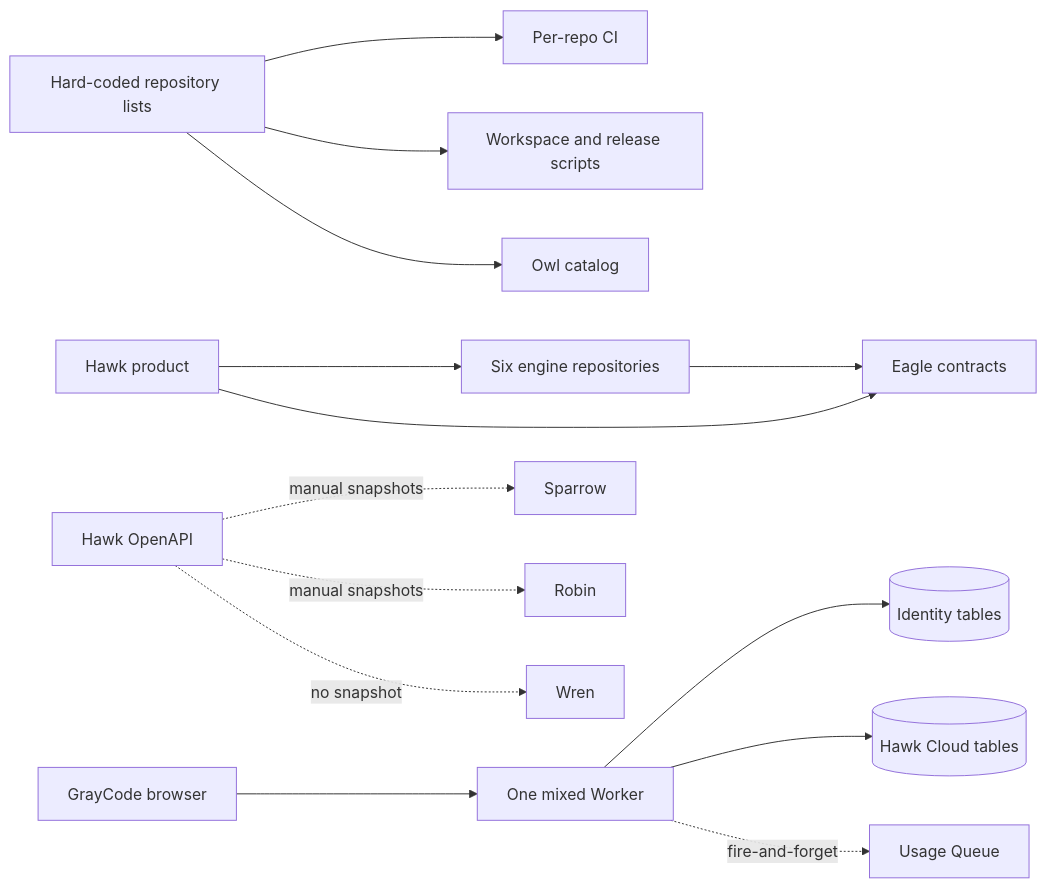
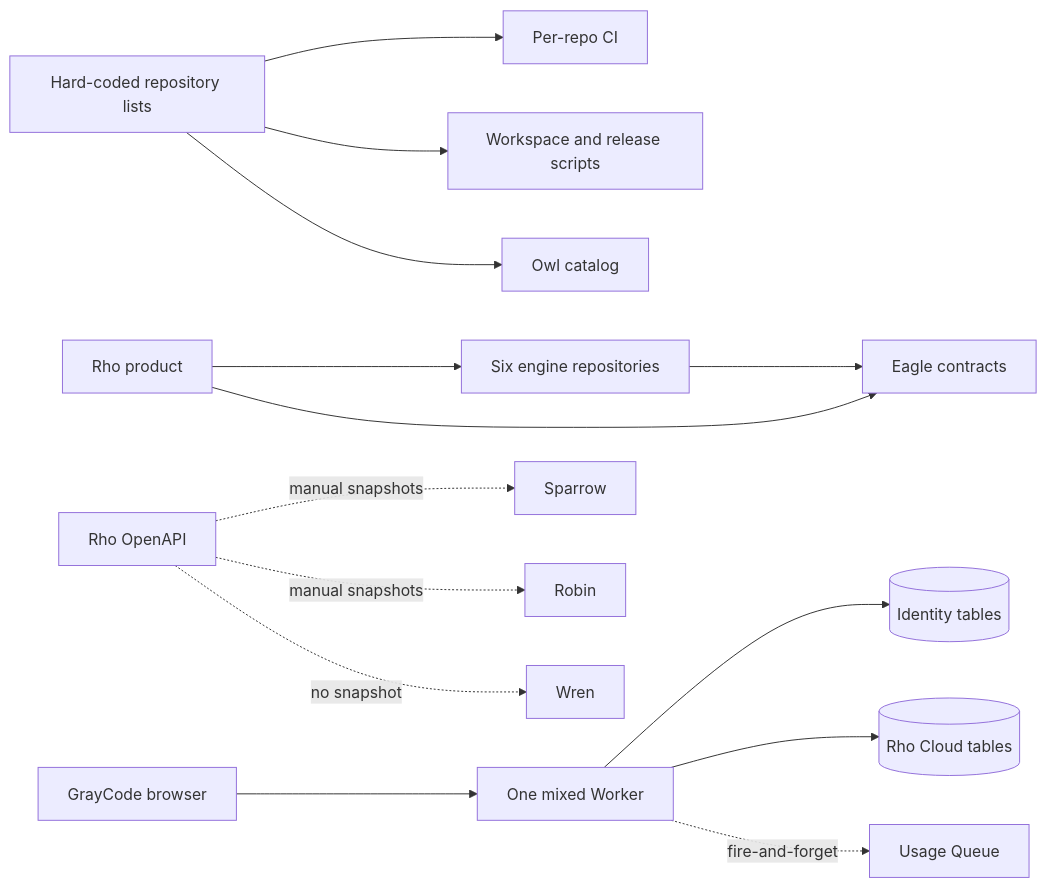
Before and after one commit to GrayCodeAI/Rhov: the first of 2 diagrams in docs/ECOSYSTEM-WIRING.md, drawn with Mermaid. The commit also changed other lines of this file and 1323 other files, not shown here.

First line of the commit message:
feat!: rename Hawk to Rho; add Tau-style TUI and feature parity (#306)

````diff
--- a/docs/ECOSYSTEM-WIRING.md
+++ b/docs/ECOSYSTEM-WIRING.md
@@ -14,19 +14,19 @@
 ```mermaid
 flowchart LR
   Lists[Hard-coded repository lists] --> CI[Per-repo CI]
   Lists --> Scripts[Workspace and release scripts]
   Lists --> Owl[Owl catalog]
 
-  Hawk[Hawk product] --> Engines[Six engine repositories]
+  Rho[Rho product] --> Engines[Six engine repositories]
   Engines --> Eagle[Eagle contracts]
-  Hawk --> Eagle
+  Rho --> Eagle
 
-  HawkSpec[Hawk OpenAPI] -. manual snapshots .-> Sparrow
-  HawkSpec -. manual snapshots .-> Robin
-  HawkSpec -. no snapshot .-> Wren
+  RhoSpec[Rho OpenAPI] -. manual snapshots .-> Sparrow
+  RhoSpec -. manual snapshots .-> Robin
+  RhoSpec -. no snapshot .-> Wren
 
   Browser[GrayCode browser] --> Mixed[One mixed Worker]
   Mixed --> Identity[(Identity tables)]
-  Mixed --> Cloud[(Hawk Cloud tables)]
+  Mixed --> Cloud[(Rho Cloud tables)]
   Mixed -. fire-and-forget .-> Queue[Usage Queue]
 ```
````
